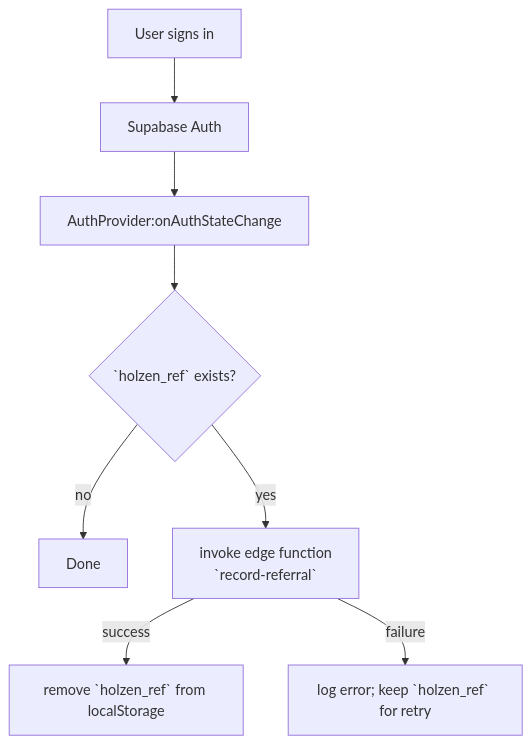
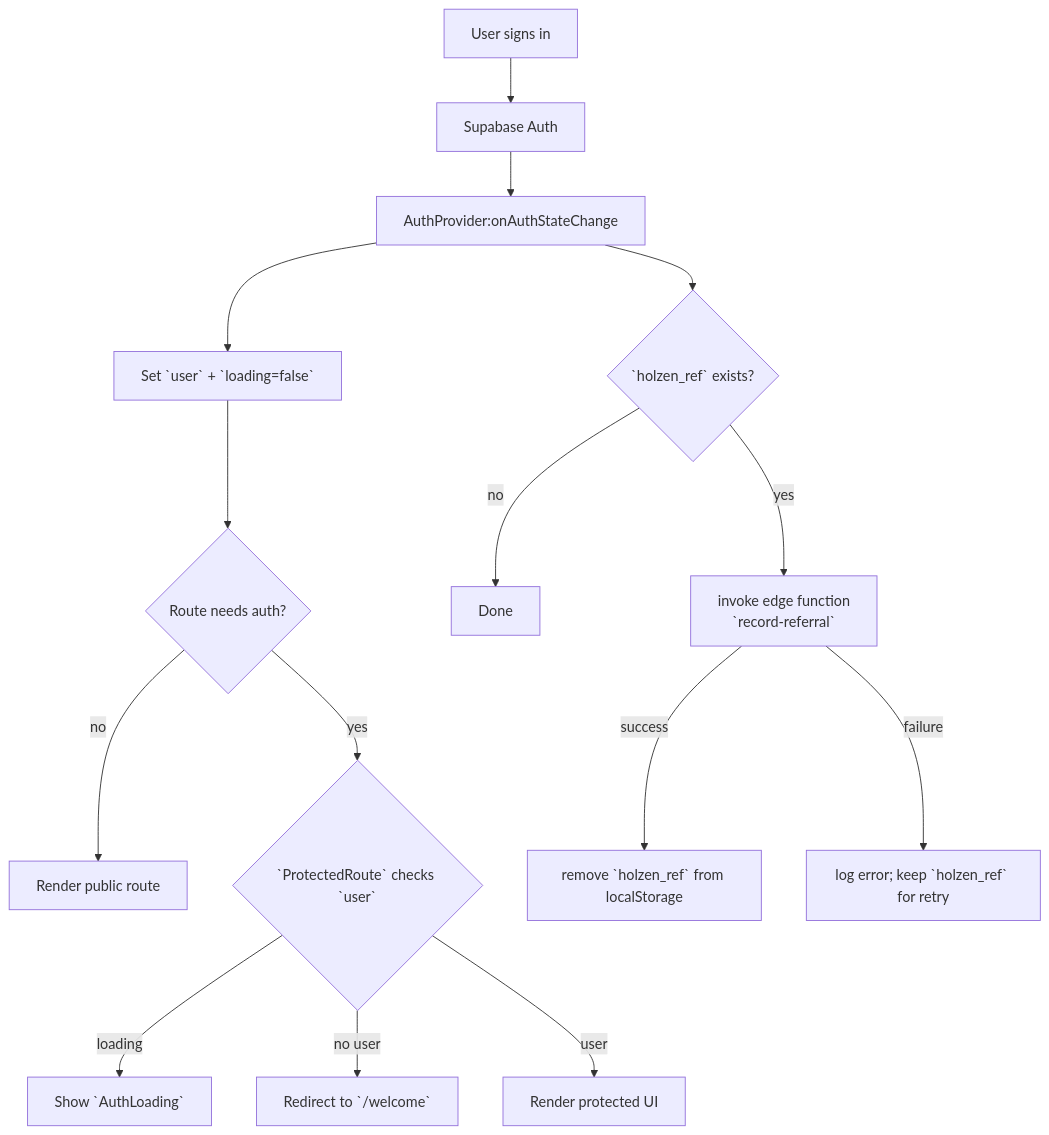
The diagram in docs/systems/auth/auth-and-referral-system.md (Angelguirao/holzen), drawn with Mermaid before and after one commit. The commit also changed other lines of this file, not shown here.

Commit message:
docs(auth): widen to full auth system doc

````diff
--- a/docs/systems/auth/auth-and-referral-system.md
+++ b/docs/systems/auth/auth-and-referral-system.md
@@ -7,10 +12,20 @@
 ```mermaid
 flowchart TD
   U[User signs in] --> A[Supabase Auth]
   A --> P[AuthProvider:onAuthStateChange]
-  P --> L{`holzen_ref` exists?}
-  L -- no --> X[Done]
-  L -- yes --> I[invoke edge function<br/>`record-referral`]
+
+  P --> S[Set `user` + `loading=false`]
+
+  S --> G{Route needs auth?}
+  G -- no --> R1[Render public route]
+  G -- yes --> UDR{`ProtectedRoute` checks `user`}
+  UDR -- loading --> L1[Show `AuthLoading`]
+  UDR -- no user --> W[Redirect to `/welcome`]
+  UDR -- user --> OK[Render protected UI]
+
+  P --> REF{`holzen_ref` exists?}
+  REF -- no --> X[Done]
+  REF -- yes --> I[invoke edge function<br/>`record-referral`]
   I -->|success| R[remove `holzen_ref` from localStorage]
   I -->|failure| C[log error; keep `holzen_ref` for retry]
 ```
````
